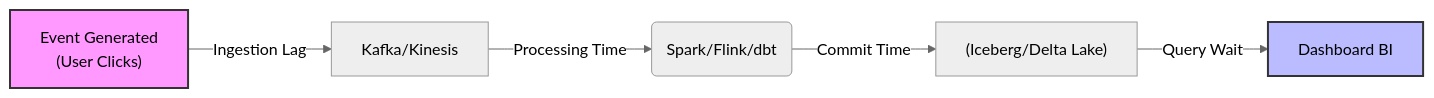
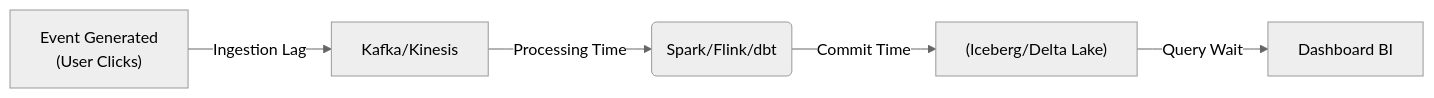
One commit to kythuatdulieu/kythuatdulieu.github.io changed the diagram in src/content/docs/concepts/7-dataops-orchestration-quality/freshness-monitoring.md. Above: the diagram before and after it, drawn with Mermaid (neutral theme). The commit also changed 686 other files, not shown here.

````diff
--- a/src/content/docs/concepts/7-dataops-orchestration-quality/freshness-monitoring.md
+++ b/src/content/docs/concepts/7-dataops-orchestration-quality/freshness-monitoring.md
@@ -28,10 +28,9 @@
 ```mermaid
 flowchart LR
     A["Event Generated\n(User Clicks)"] -->|Ingestion Lag| B["Kafka/Kinesis"]
     B -->|Processing Time| C("Spark/Flink/dbt")
     C -->|Commit Time| D["(Iceberg/Delta Lake)"]
     D -->|Query Wait| E["Dashboard BI"]
-    
-    style A fill:#f9f,stroke:#333,stroke-width:2px
-    style E fill:#bbf,stroke:#333,stroke-width:2px
+
+
 ```
````
